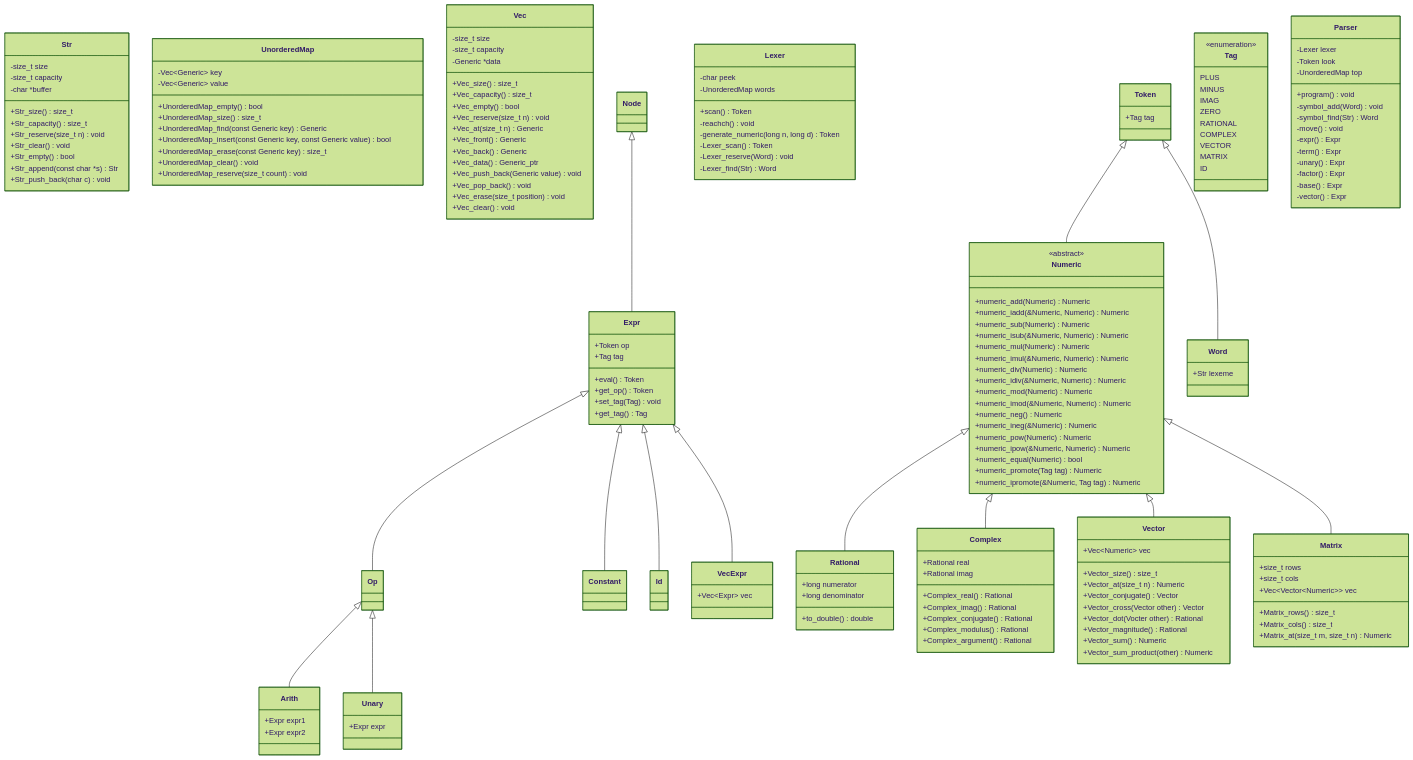
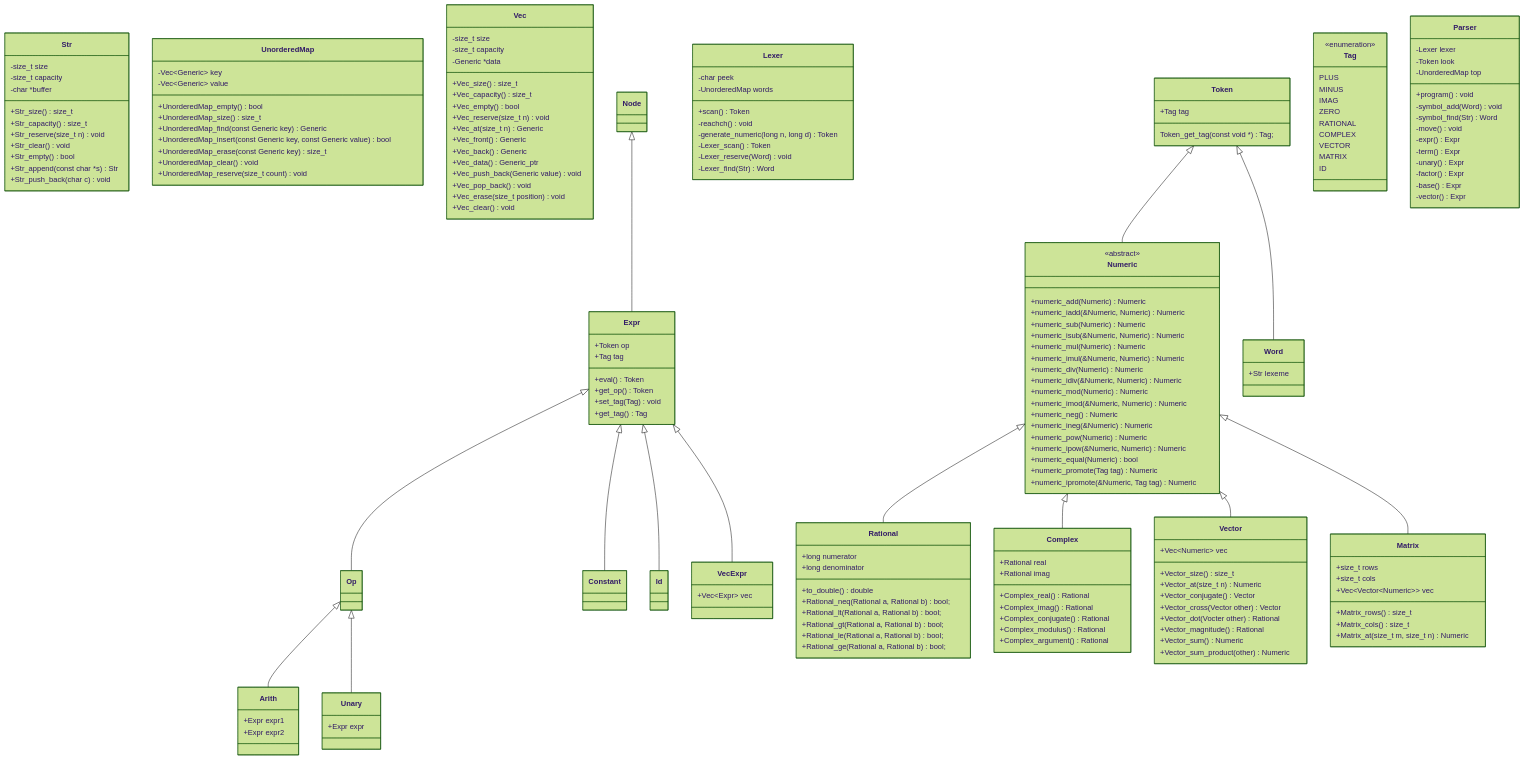
The diagram in diagram.md (nwhean/42_computorv), drawn with Mermaid (forest theme) before and after one commit. The commit also changed 5 other files, not shown here.

```diff
--- a/diagram.md
+++ b/diagram.md
@@ -91,6 +91,11 @@
 		+long numerator
 		+long denominator
 		+to_double() double
+		+Rational_neq(Rational a, Rational b) bool;
+		+Rational_lt(Rational a, Rational b) bool;
+		+Rational_gt(Rational a, Rational b) bool;
+		+Rational_le(Rational a, Rational b) bool;
+		+Rational_ge(Rational a, Rational b) bool;
 	}
 
 	Numeric <|-- Complex
@@ -155,6 +160,7 @@
 
 	class Token {
 		+Tag tag
+		Token_get_tag(const void *) Tag;
 	}
 
 	Token <|-- Word
```
